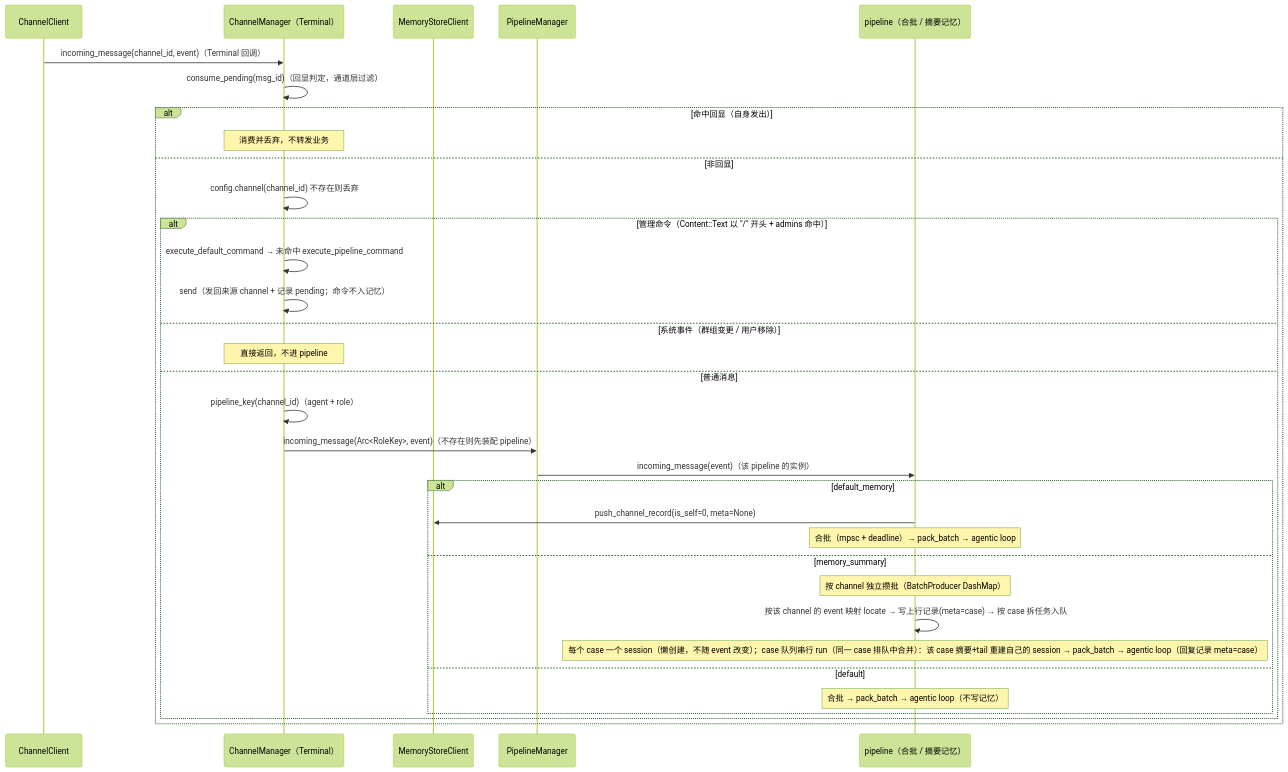
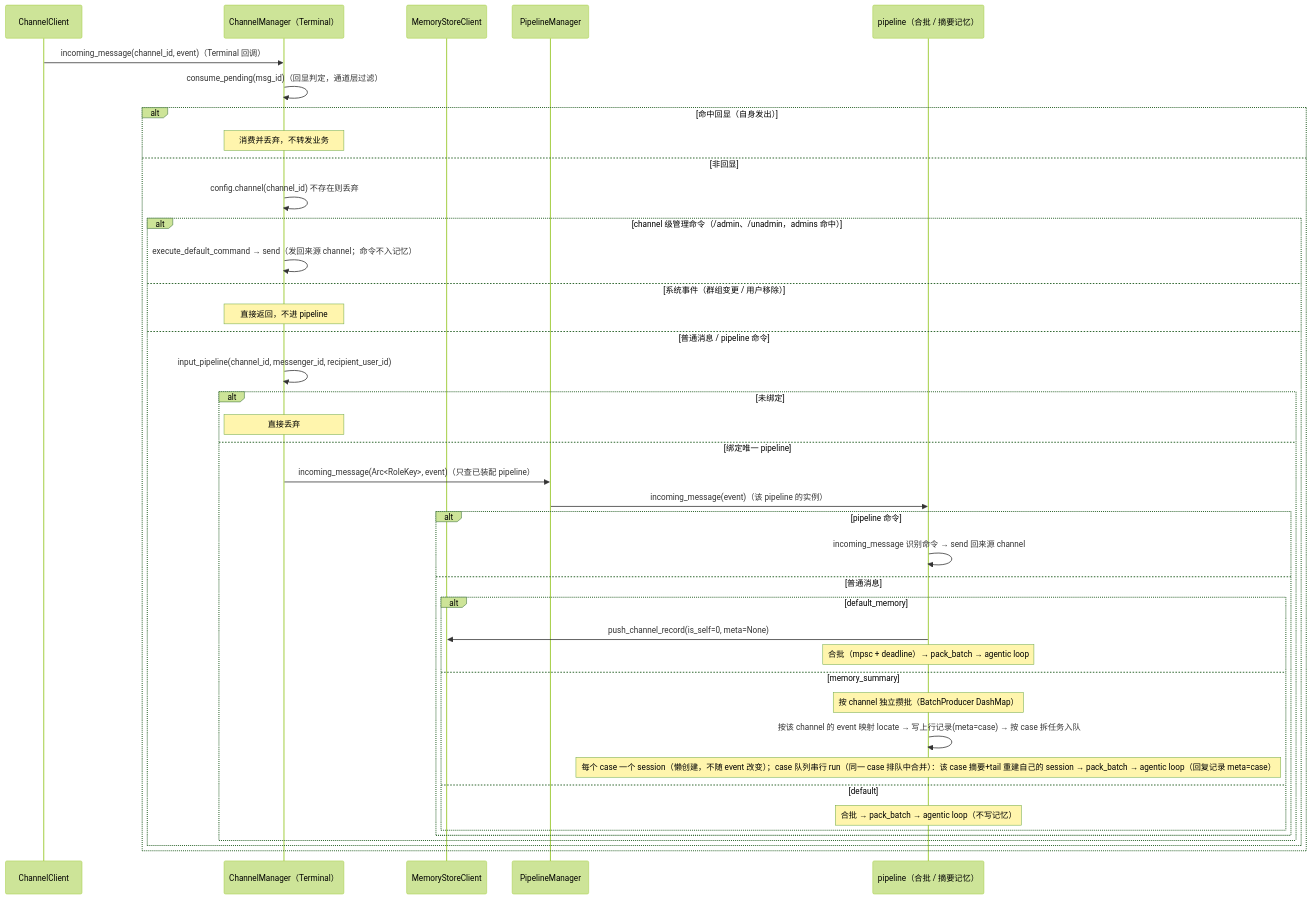
Before and after one commit to coldcloude/kissbot: the third of 5 diagrams in docs/spec/agent-modules.md, drawn with Mermaid (forest theme). The commit also changed other lines of this file and 24 other files, not shown here.

First line of the commit message:
pipeline 改为配置驱动：启动按顶层 pipelines 装配，channel 只描述连接

````diff
--- a/docs/spec/agent-modules.md
+++ b/docs/spec/agent-modules.md
@@ -132,36 +132,43 @@
 ```mermaid
 sequenceDiagram
     participant CC as ChannelClient
     participant CHM as ChannelManager（Terminal）
     participant MSC as MemoryStoreClient
     participant PLS as PipelineManager
     participant IP as pipeline（合批 / 摘要记忆）
 
     CC->>CHM: incoming_message(channel_id, event)（Terminal 回调）
     CHM->>CHM: consume_pending(msg_id)（回显判定，通道层过滤）
     alt 命中回显（自身发出）
         Note over CHM: 消费并丢弃，不转发业务
     else 非回显
         CHM->>CHM: config.channel(channel_id) 不存在则丢弃
-        alt 管理命令（Content::Text 以 "/" 开头 + admins 命中）
-            CHM->>CHM: execute_default_command → 未命中 execute_pipeline_command
-            CHM->>CHM: send（发回来源 channel + 记录 pending；命令不入记忆）
+        alt channel 级管理命令（/admin、/unadmin，admins 命中）
+            CHM->>CHM: execute_default_command → send（发回来源 channel；命令不入记忆）
         else 系统事件（群组变更 / 用户移除）
             Note over CHM: 直接返回，不进 pipeline
-        else 普通消息
-            CHM->>CHM: pipeline_key(channel_id)（agent + role）
-            CHM->>PLS: incoming_message(Arc<RoleKey>, event)（不存在则先装配 pipeline）
-            PLS->>IP: incoming_message(event)（该 pipeline 的实例）
-            alt default_memory
-                IP->>MSC: push_channel_record(is_self=0, meta=None)
-                Note over IP: 合批（mpsc + deadline）→ pack_batch → agentic loop
-            else memory_summary
-                Note over IP: 按 channel 独立攒批（BatchProducer DashMap）
-                IP->>IP: 按该 channel 的 event 映射 locate → 写上行记录(meta=case) → 按 case 拆任务入队
-                Note over IP: 每个 case 一个 session（懒创建，不随 event 改变）；case 队列串行 run（同一 case 排队中合并）：该 case 摘要+tail 重建自己的 session → pack_batch → agentic loop（回复记录 meta=case）
-            else default
-                Note over IP: 合批 → pack_batch → agentic loop（不写记忆）
+        else 普通消息 / pipeline 命令
+            CHM->>CHM: input_pipeline(channel_id, messenger_id, recipient_user_id)
+            alt 未绑定
+                Note over CHM: 直接丢弃
+            else 绑定唯一 pipeline
+                CHM->>PLS: incoming_message(Arc<RoleKey>, event)（只查已装配 pipeline）
+                PLS->>IP: incoming_message(event)（该 pipeline 的实例）
+                alt pipeline 命令
+                    IP->>IP: incoming_message 识别命令 → send 回来源 channel
+                else 普通消息
+                    alt default_memory
+                        IP->>MSC: push_channel_record(is_self=0, meta=None)
+                        Note over IP: 合批（mpsc + deadline）→ pack_batch → agentic loop
+                    else memory_summary
+                        Note over IP: 按 channel 独立攒批（BatchProducer DashMap）
+                        IP->>IP: 按该 channel 的 event 映射 locate → 写上行记录(meta=case) → 按 case 拆任务入队
+                        Note over IP: 每个 case 一个 session（懒创建，不随 event 改变）；case 队列串行 run（同一 case 排队中合并）：该 case 摘要+tail 重建自己的 session → pack_batch → agentic loop（回复记录 meta=case）
+                    else default
+                        Note over IP: 合批 → pack_batch → agentic loop（不写记忆）
+                    end
+                end
             end
         end
     end
 ```
````
